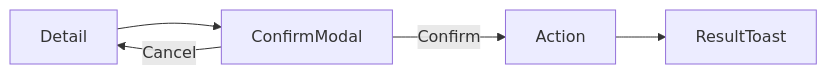
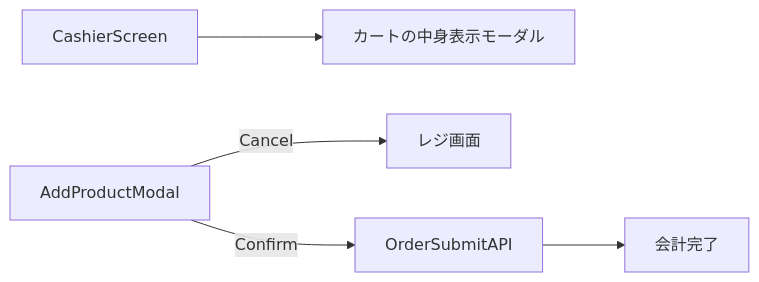
Before and after one commit to Gypsophila1912/rejogi-app: the sixth of 8 diagrams in 03_screen-flow_md.md, drawn with Mermaid. The commit also changed other lines of this file and 7 other files, not shown here.

````diff
--- a/03_screen-flow_md.md
+++ b/03_screen-flow_md.md
@@ -113,7 +130,7 @@
 ```mermaid
 flowchart LR
-    Detail --> ConfirmModal
-    ConfirmModal -->|Cancel| Detail
-    ConfirmModal -->|Confirm| Action
-    Action --> ResultToast
+    CashierScreen --> カートの中身表示モーダル
+    AddProductModal -->|Cancel| レジ画面
+    AddProductModal -->|Confirm| OrderSubmitAPI
+    OrderSubmitAPI --> 会計完了
 ```
````
